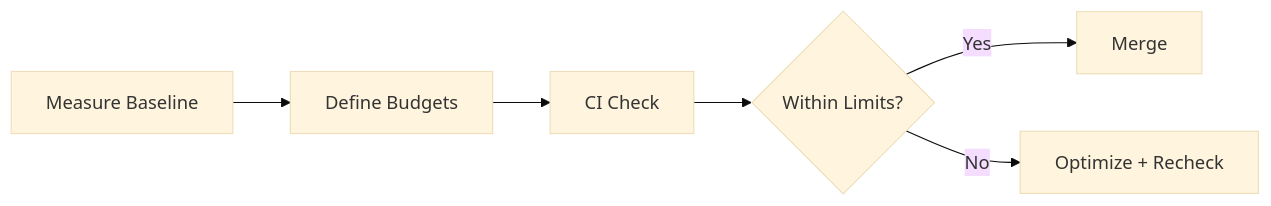
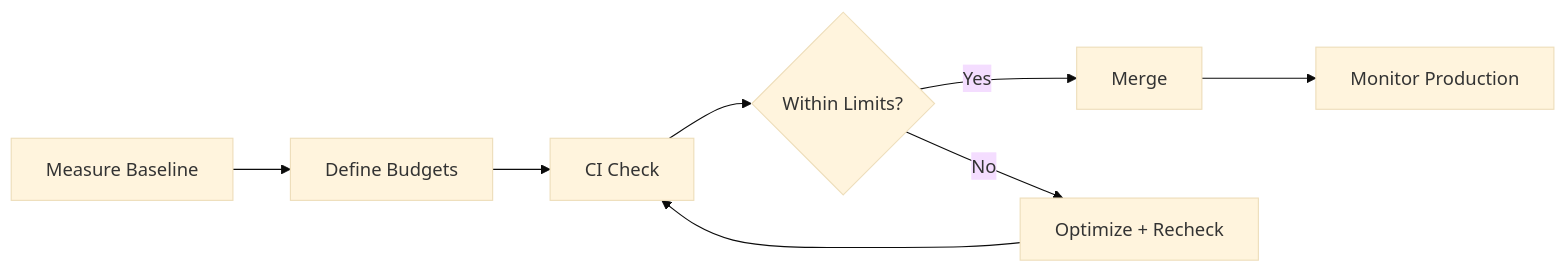
Before and after one commit to kaushalkumar8459/CodingTerminal-Tutorial-Notes: the diagram in tutorial-platform/public/tutorials/react/day-092-web-performance-budgets.md, drawn with Mermaid (base theme). The commit also changed other lines of this file, not shown here.

````diff
--- a/tutorial-platform/public/tutorials/react/day-092-web-performance-budgets.md
+++ b/tutorial-platform/public/tutorials/react/day-092-web-performance-budgets.md
@@ -170,8 +184,10 @@
 ```mermaid
 flowchart LR
 		A[Measure Baseline] --> B[Define Budgets]
 		B --> C[CI Check]
 		C --> D{Within Limits?}
 		D -->|Yes| E[Merge]
 		D -->|No| F[Optimize + Recheck]
+		F --> C
+		E --> G[Monitor Production]
 ```
````
